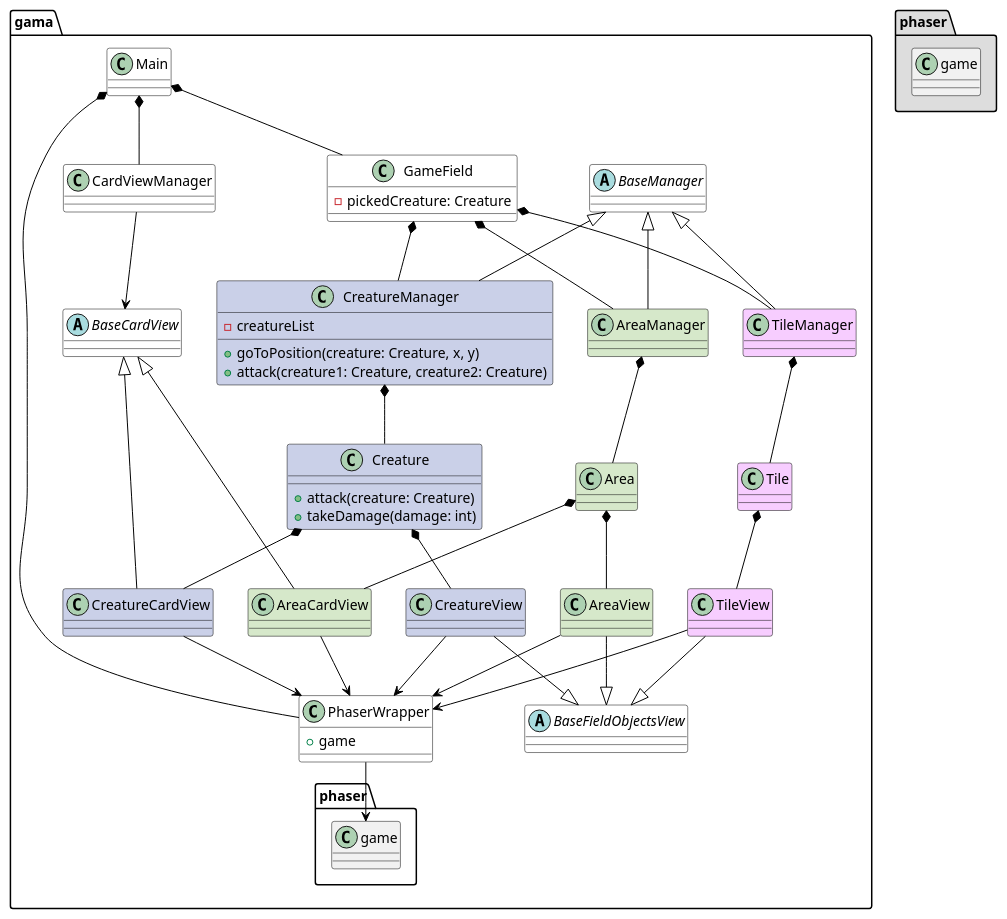
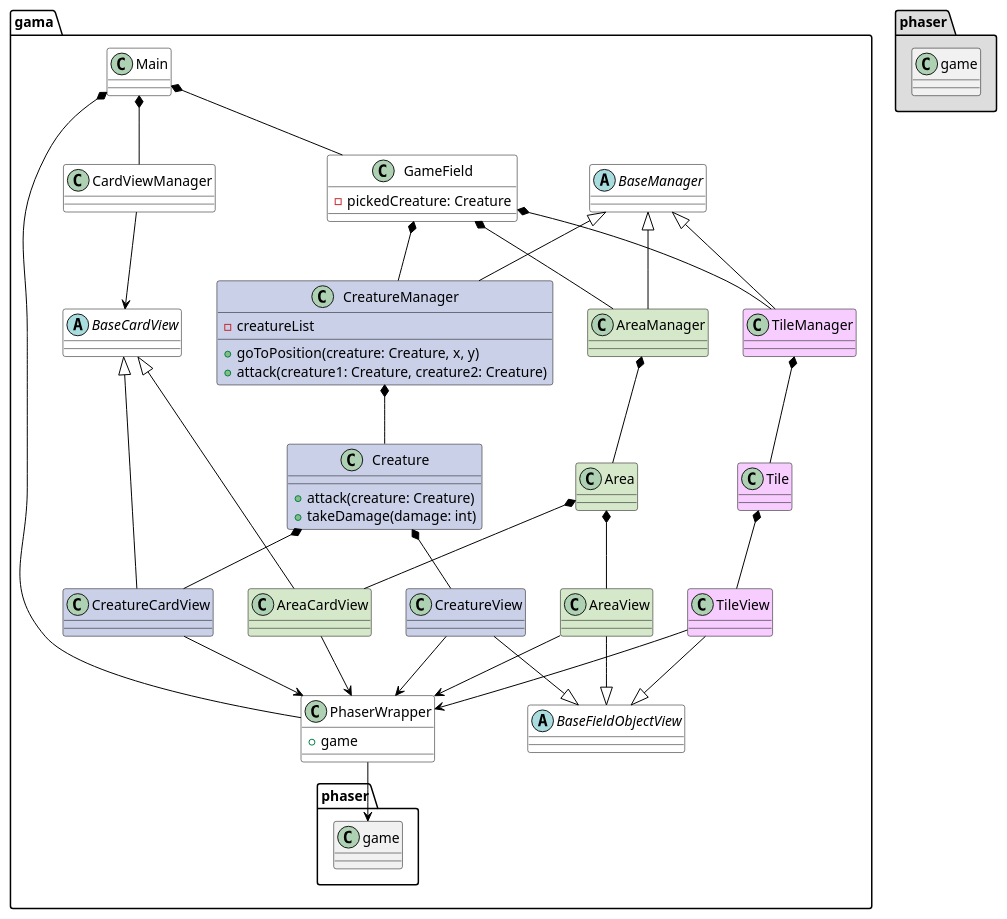
Before and after one commit to gamesFTW/phaser-card-game-client: the diagram in uml/base.puml, drawn with PlantUML. The commit also changed 16 other files, not shown here.

```diff
--- a/uml/base.puml
+++ b/uml/base.puml
@@ -1,113 +1,113 @@
 @startuml
 
 skinparam class {
 	ArrowColor black
 	BorderColor black
 }
 
 skinparam stereotypeCBackgroundColor YellowGreen
 skinparam shadowing false
 
 package "gama" {
     abstract class BaseManager #ffffff
 
 
-    abstract class BaseFieldObjectsView #ffffff
-    BaseFieldObjectsView <|-up- TileView
-    BaseFieldObjectsView <|-up- CreatureView
-    BaseFieldObjectsView <|-up- AreaView
+    abstract class BaseFieldObjectView #ffffff
+    BaseFieldObjectView <|-up- TileView
+    BaseFieldObjectView <|-up- CreatureView
+    BaseFieldObjectView <|-up- AreaView
 
 
     abstract class BaseCardView #ffffff
     
     
     class Main #ffffff
     Main *-- PhaserWrapper
     Main *-- GameField
     Main *-- CardViewManager
 
 
     class PhaserWrapper #ffffff {
         + game
     }
     PhaserWrapper --> phaser.game
 
 
     class GameField #ffffff {
         - pickedCreature: Creature
     }
     GameField *-- TileManager
     GameField *-- CreatureManager
     GameField *-- AreaManager
 
 
     class CardViewManager #ffffff
     CardViewManager --> BaseCardView
 
 
     '''Tile'''
     class TileManager #F7CDFF
     BaseManager <|-- TileManager
     TileManager *-- Tile
 
 
     class Tile #F7CDFF
     Tile *-- TileView
 
 
     class TileView #F7CDFF
     TileView --> PhaserWrapper
 
 
     '''Creature'''
     class CreatureManager #CAD0E8 {
         - creatureList
         + goToPosition(creature: Creature, x, y)
         + attack(creature1: Creature, creature2: Creature)
     }
     BaseManager <|-- CreatureManager
     CreatureManager *-- Creature
 
 
     class Creature #CAD0E8 {
         + attack(creature: Creature)
         + takeDamage(damage: int)
     }
     Creature *-- CreatureView
     Creature *-- CreatureCardView
 
 
     class CreatureView #CAD0E8
     CreatureView --> PhaserWrapper
 
 
     class CreatureCardView #CAD0E8
     BaseCardView <|-right- CreatureCardView
     CreatureCardView --> PhaserWrapper
 
 
     '''Area'''
     class AreaManager #D6E8CA
     BaseManager <|-- AreaManager
     AreaManager *-- Area
 
 
     class Area #D6E8CA
     Area *-- AreaView
     Area *-- AreaCardView
 
 
     class AreaView #D6E8CA
     AreaView --> PhaserWrapper
 
 
     class AreaCardView #D6E8CA
     BaseCardView <|-right- AreaCardView
     AreaCardView --> PhaserWrapper
 }
 
 
 package "phaser" #DDDDDD {
     class game
 }
 @enduml
```
